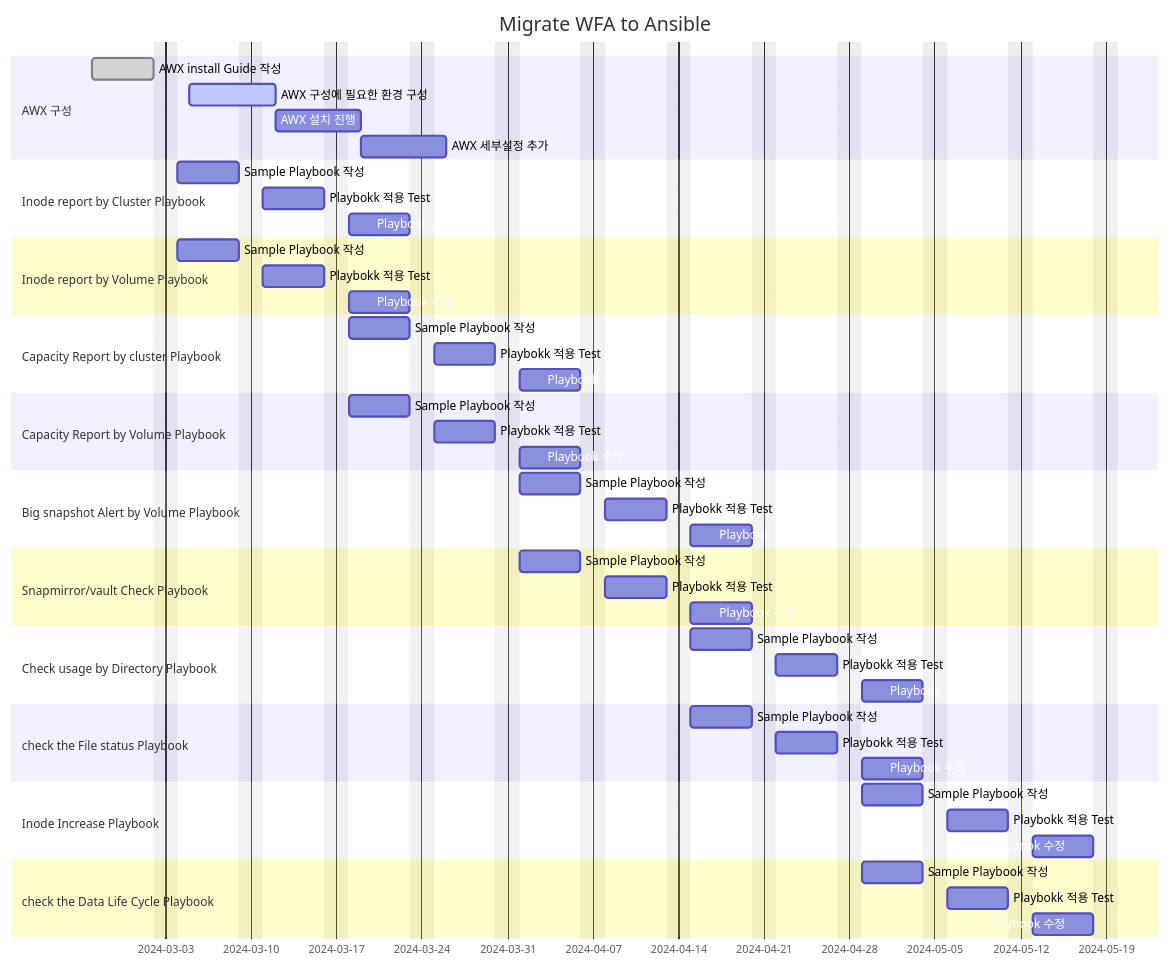
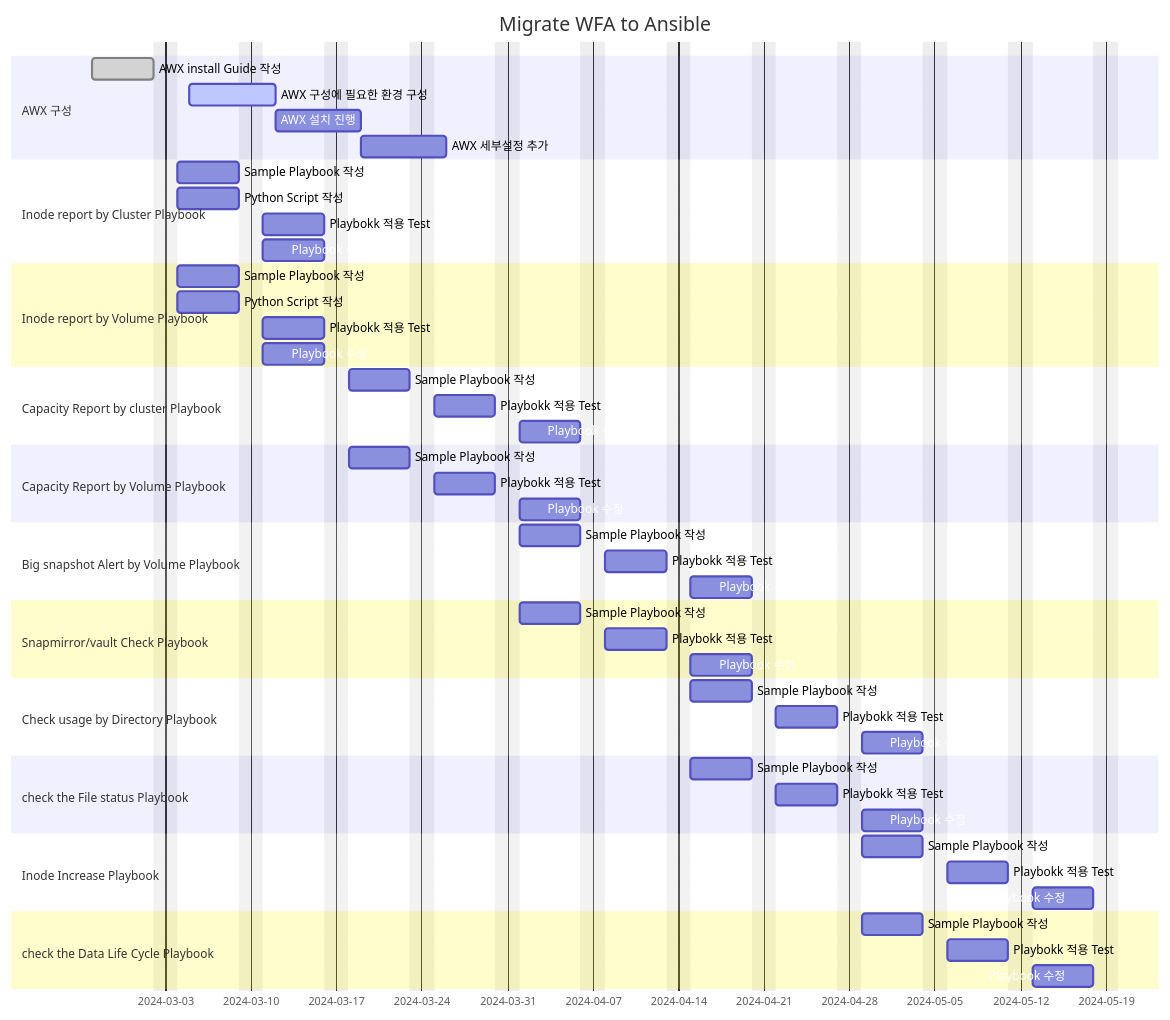
The diagram in SKHynics/Readme.md (netappkr/AnsiblePlaybook), drawn with Mermaid before and after one commit.

````diff
--- a/SKHynics/Readme.md
+++ b/SKHynics/Readme.md
@@ -44,62 +44,64 @@
 ```mermaid
 gantt
     title Migrate WFA to Ansible
     dateFormat  YYYY-MM-DD
     excludes    weekends
 
     section AWX 구성
     AWX install Guide 작성  : done, awx1, 2024-02-26, 5d
     AWX 구성에 필요한 환경 구성  : active, awx2, 2024-03-05, 5d
     AWX 설치 진행 : awx3, after awx2 , 5d
     AWX 세부설정 추가 : awx4, after awx3, 5d
 
     section Inode report by Cluster Playbook
     Sample Playbook 작성 : p1-1, 2024-03-04, 5d
-    Playbokk 적용 Test: p1-2, after p1-1,  5d
-    Playbook 수정 : p1-3, after p1-2 , 5d
+    Python Script 작성 : p1-2, 2024-03-04, 5d
+    Playbokk 적용 Test: p1-3, after p1-2,  5d
+    Playbook 수정 : p1-4, after p1-2 , 5d
 
     section Inode report by Volume Playbook
     Sample Playbook 작성 : p2-1, 2024-03-04, 5d
-    Playbokk 적용 Test: p2-2, after p2-1,  5d
-    Playbook 수정 : p2-3, after p2-2 , 5d
+    Python Script 작성 : p2-2, 2024-03-04, 5d
+    Playbokk 적용 Test: p2-3, after p2-2,  5d
+    Playbook 수정 : p2-4, after p2-2 , 5d
 
     section Capacity Report by cluster Playbook
     Sample Playbook 작성 : p3-1, 2024-03-18, 5d
     Playbokk 적용 Test: p3-2, after p3-1,  5d
     Playbook 수정 : p3-3, after p3-2 , 5d
 
     section Capacity Report by Volume Playbook
     Sample Playbook 작성 : p4-1, 2024-03-18, 5d
     Playbokk 적용 Test: p4-2, after p4-1,  5d
     Playbook 수정 : p4-3, after p4-2 , 5d
 
     section Big snapshot Alert by Volume Playbook
     Sample Playbook 작성 : p5-1, 2024-04-01, 5d
     Playbokk 적용 Test: p5-2, after p5-1,  5d
     Playbook 수정 : p5-3, after p5-2 , 5d
 
     section Snapmirror/vault Check Playbook
     Sample Playbook 작성 : p6-1, 2024-04-01, 5d
     Playbokk 적용 Test: p6-2, after p6-1,  5d
     Playbook 수정 : p6-3, after p6-2 , 5d
 
     section Check usage by Directory Playbook
     Sample Playbook 작성 : p7-1, 2024-04-15, 5d
     Playbokk 적용 Test: p7-2, after p7-1,  5d
     Playbook 수정 : p7-3, after p7-2 , 5d
 
     section check the File status Playbook
     Sample Playbook 작성 : p8-1, 2024-04-15, 5d
     Playbokk 적용 Test: p8-2, after p8-1,  5d
     Playbook 수정 : p8-3, after p8-2 , 5d
 
     section Inode Increase Playbook
     Sample Playbook 작성 : p9-1, 2024-04-29, 5d
     Playbokk 적용 Test: p9-2, after p9-1,  5d
     Playbook 수정 : p9-3, after p9-2 , 5d
 
     section check the Data Life Cycle Playbook
     Sample Playbook 작성 : p10-1, 2024-04-29, 5d
     Playbokk 적용 Test: p10-2, after p10-1,  5d
     Playbook 수정 : p10-3, after p10-2 , 5d
 ```
````
